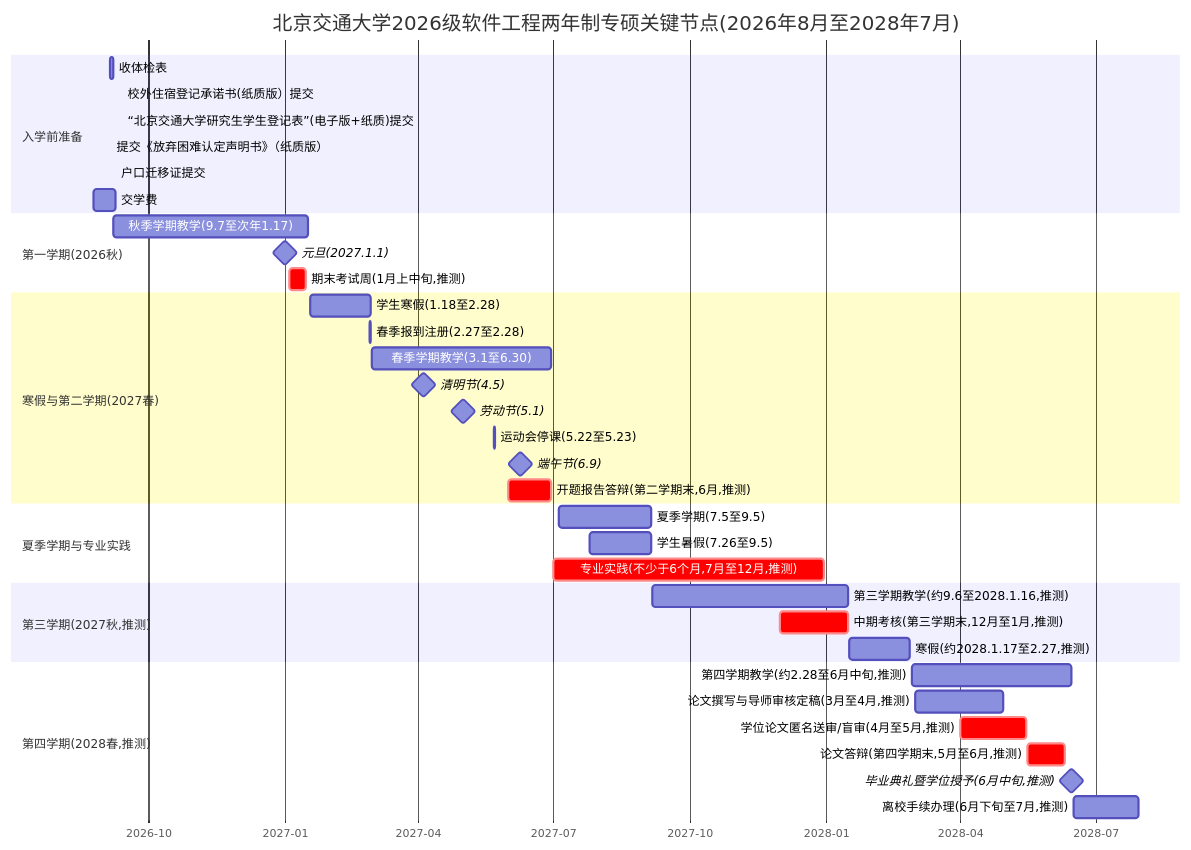
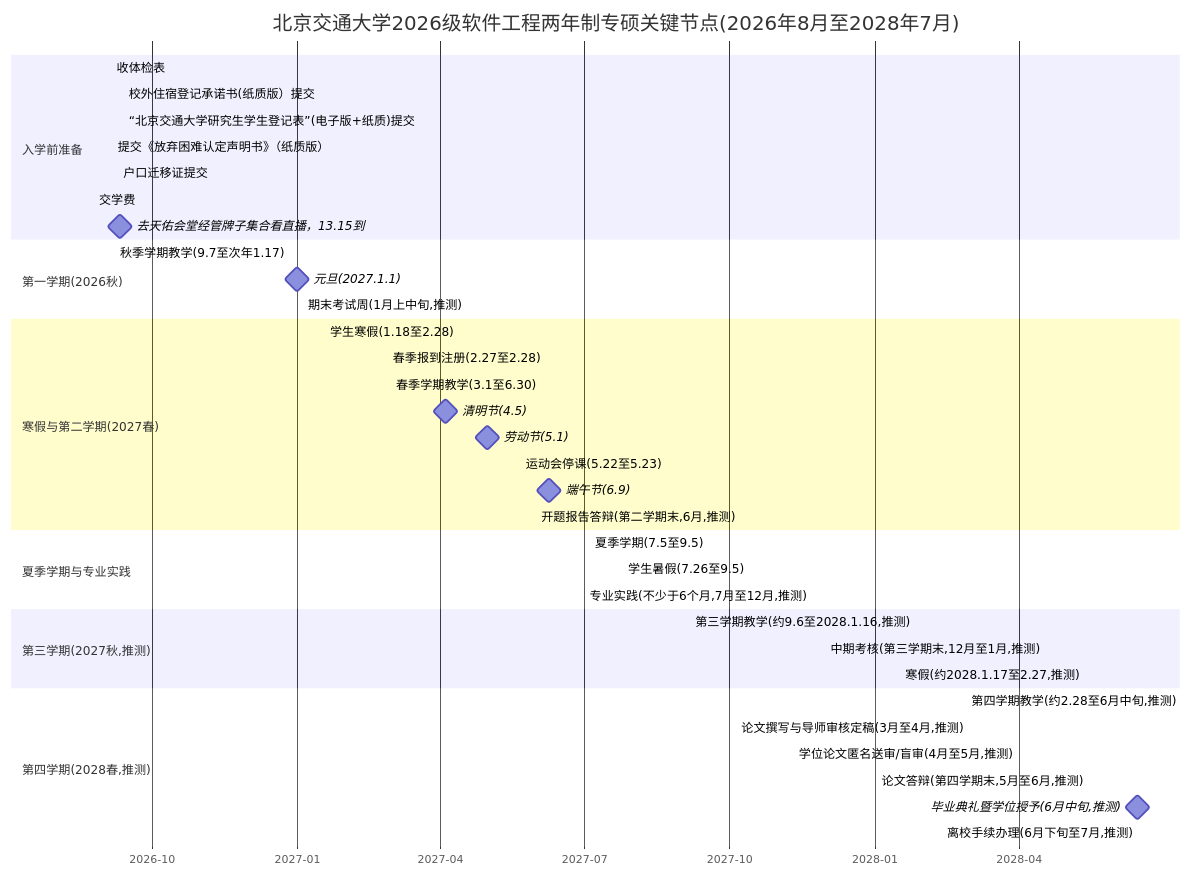
One commit to leo372239-1024/mermaid-gantt-share changed the diagram in gantt.md. Above: the diagram before and after it, drawn with Mermaid.

Commit message:
sync: add: m12 去天佑会堂经管牌子集合看直播，13.15到

````diff
--- a/gantt.md
+++ b/gantt.md
@@ -13,43 +13,44 @@
 ```mermaid
 gantt
     title 北京交通大学2026级软件工程两年制专硕关键节点(2026年8月至2028年7月)
-    dateFormat YYYY-MM-DD
+    dateFormat YYYY-MM-DD HH:mm
     axisFormat %Y-%m
     section 入学前准备
     收体检表 :b1, 2026-09-05, 2026-09-07
     校外住宿登记承诺书(纸质版）提交 :b3, 2026-09-13, 0d
     “北京交通大学研究生学生登记表”(电子版+纸质)提交 :b4, 2026-09-13, 0d
     提交《放弃困难认定声明书》（纸质版） :b5, 2026-09-06, 0d
     户口迁移证提交 :b2, 2026-09-09, 0d
     交学费 :b6, 2026-08-25, 2026-09-09
+    去天佑会堂经管牌子集合看直播，13.15到 :milestone, m12, 2026-09-10 13:00, 2026-09-10 13:00
     section 报到与注册
     section 开学季事务(班级通知)
     section 第一学期(2026秋)
     秋季学期教学(9.7至次年1.17) :t7, 2026-09-07, 2027-01-17
     元旦(2027.1.1) :milestone, m7, 2027-01-01, 0d
     期末考试周(1月上中旬,推测) :crit, t8, 2027-01-04, 2027-01-15
     section 寒假与第二学期(2027春)
     学生寒假(1.18至2.28) :t9, 2027-01-18, 2027-02-28
     春季报到注册(2.27至2.28) :t10, 2027-02-27, 2027-02-28
     春季学期教学(3.1至6.30) :t11, 2027-03-01, 2027-06-30
     清明节(4.5) :milestone, m8, 2027-04-05, 0d
     劳动节(5.1) :milestone, m9, 2027-05-01, 0d
     运动会停课(5.22至5.23) :t12, 2027-05-22, 2027-05-23
     端午节(6.9) :milestone, m10, 2027-06-09, 0d
     开题报告答辩(第二学期末,6月,推测) :crit, t13, 2027-06-01, 2027-06-30
     section 夏季学期与专业实践
     夏季学期(7.5至9.5) :t14, 2027-07-05, 2027-09-05
     学生暑假(7.26至9.5) :t15, 2027-07-26, 2027-09-05
     专业实践(不少于6个月,7月至12月,推测) :crit, t16, 2027-07-01, 2027-12-31
     section 第三学期(2027秋,推测)
     第三学期教学(约9.6至2028.1.16,推测) :t17, 2027-09-06, 2028-01-16
     中期考核(第三学期末,12月至1月,推测) :crit, t18, 2027-12-01, 2028-01-16
     寒假(约2028.1.17至2.27,推测) :t19, 2028-01-17, 2028-02-27
     section 第四学期(2028春,推测)
     第四学期教学(约2.28至6月中旬,推测) :t20, 2028-02-28, 2028-06-15
     论文撰写与导师审核定稿(3月至4月,推测) :t21, 2028-03-01, 2028-04-30
     学位论文匿名送审/盲审(4月至5月,推测) :crit, t22, 2028-04-01, 2028-05-15
     论文答辩(第四学期末,5月至6月,推测) :crit, t23, 2028-05-16, 2028-06-10
     毕业典礼暨学位授予(6月中旬,推测) :milestone, m11, 2028-06-15, 0d
     离校手续办理(6月下旬至7月,推测) :t24, 2028-06-16, 2028-07-30
 ```
````
